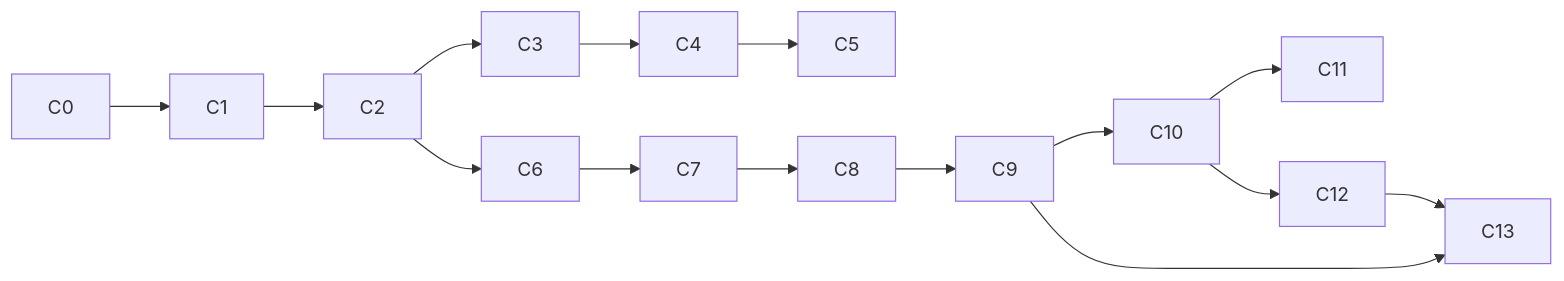
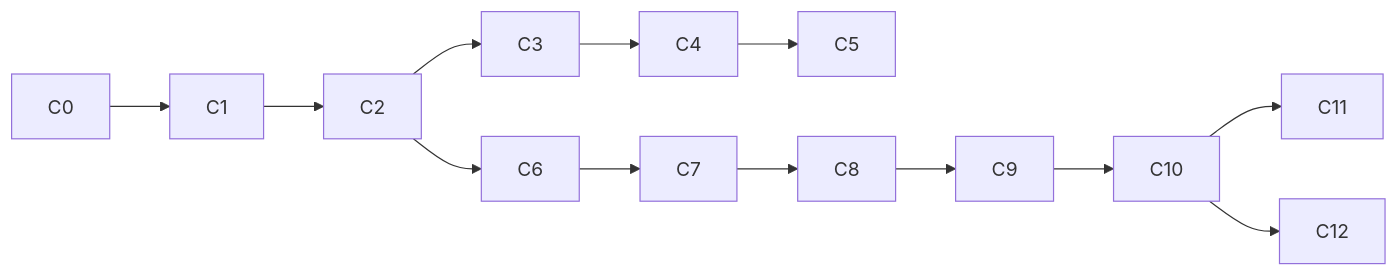
One commit to enabledtocreate/erganis-core changed the diagram in docs/temp/CORE-IMPLEMENTATION-PLAN.md. Above: the diagram before and after it, drawn with Mermaid. The commit also changed other lines of this file and 13 other files, not shown here.

````diff
--- a/docs/temp/CORE-IMPLEMENTATION-PLAN.md
+++ b/docs/temp/CORE-IMPLEMENTATION-PLAN.md
@@ -30,9 +29,7 @@
 ```mermaid
 flowchart LR
   C0 --> C1 --> C2
   C2 --> C3 --> C4 --> C5
   C2 --> C6 --> C7 --> C8 --> C9 --> C10 --> C11
   C10 --> C12
-  C9 --> C13
-  C12 --> C13
 ```
````
